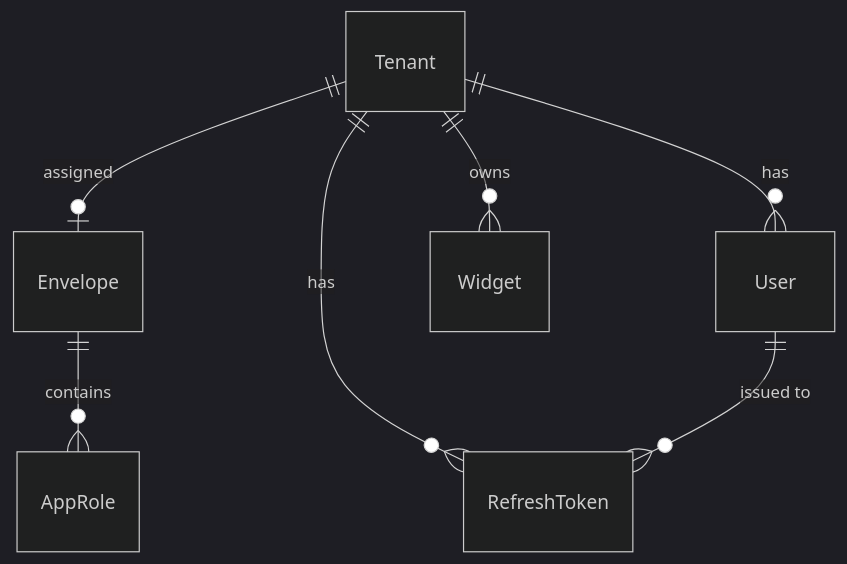
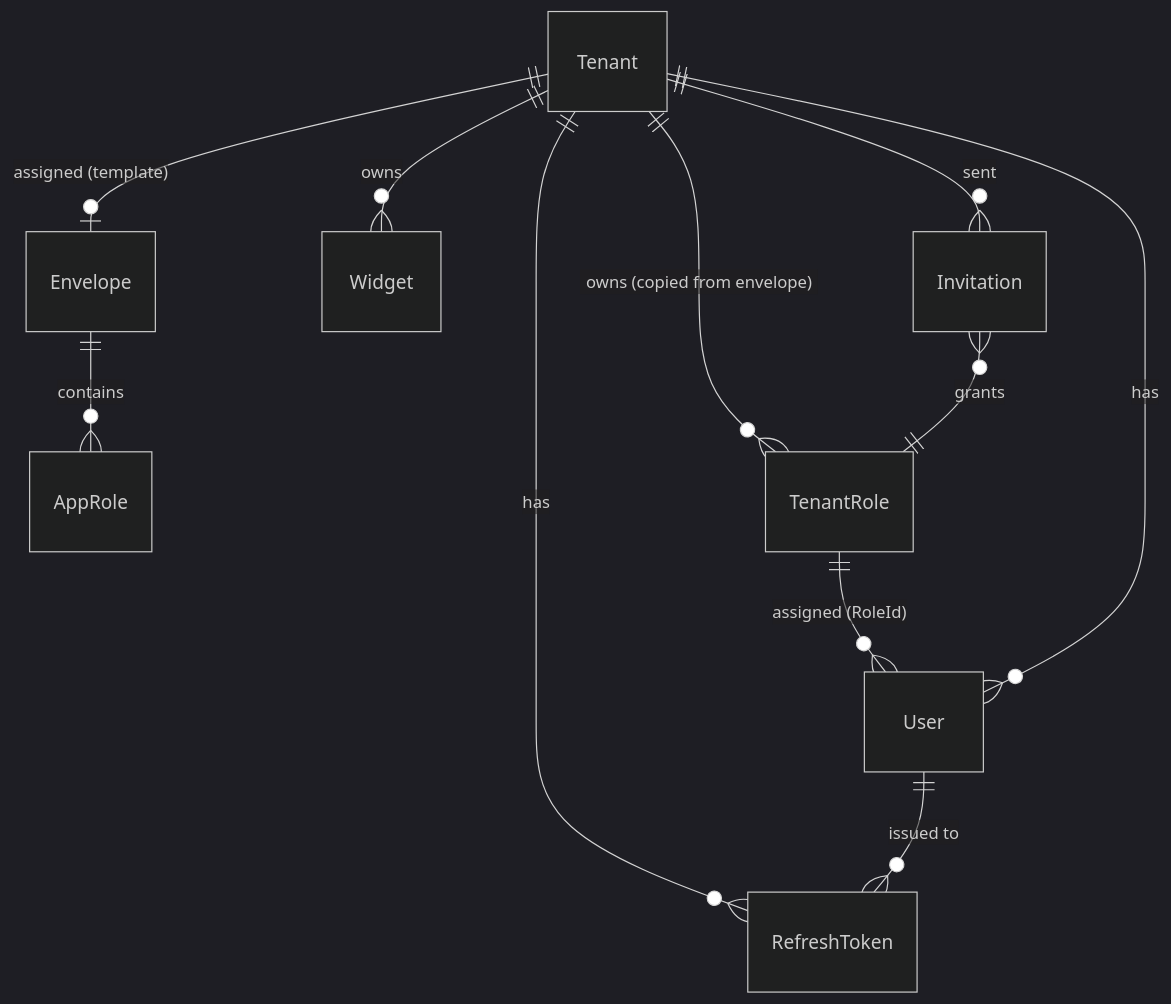
Before and after one commit to Haskeeb265/Tessra: the diagram in docs/TABLES.md, drawn with Mermaid (dark theme). The commit also changed other lines of this file and 49 other files, not shown here.

````diff
--- a/docs/TABLES.md
+++ b/docs/TABLES.md
@@ -10,9 +10,13 @@
 ```mermaid
 erDiagram
-    Tenant ||--o| Envelope : "assigned"
+    Tenant ||--o| Envelope : "assigned (template)"
     Envelope ||--o{ AppRole : "contains"
+    Tenant ||--o{ TenantRole : "owns (copied from envelope)"
+    TenantRole ||--o{ User : "assigned (RoleId)"
     Tenant ||--o{ User : "has"
     Tenant ||--o{ Widget : "owns"
     Tenant ||--o{ RefreshToken : "has"
     User ||--o{ RefreshToken : "issued to"
+    Tenant ||--o{ Invitation : "sent"
+    Invitation }o--|| TenantRole : "grants"
 ```
````
